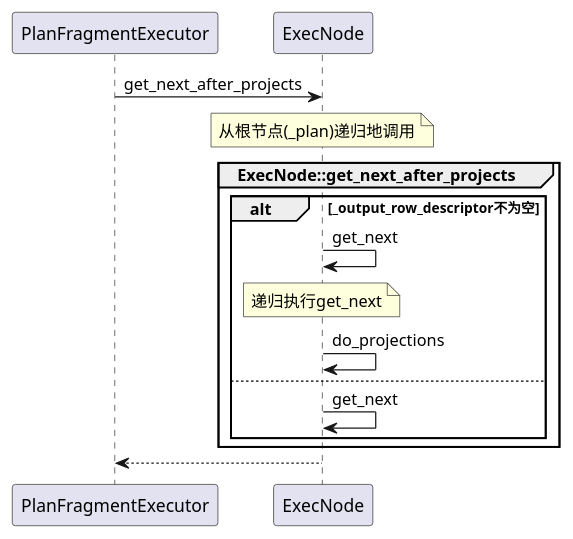
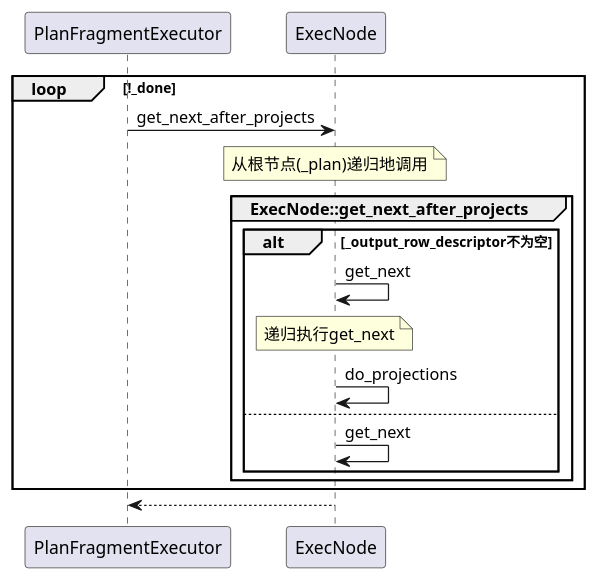
Before and after one commit to DepInjoy/geektime: the fifth of 6 diagrams in doc/DB/Doris/SourceRead/12_01_Exec_Volcano.md, drawn with PlantUML. The commit also changed 3 other files, not shown here.

````diff
--- a/doc/DB/Doris/SourceRead/12_01_Exec_Volcano.md
+++ b/doc/DB/Doris/SourceRead/12_01_Exec_Volcano.md
@@ -136,17 +136,19 @@
 ```plantuml
 @startuml
+loop !_done
 PlanFragmentExecutor -> ExecNode:get_next_after_projects
 note over of ExecNode : 从根节点(_plan)递归地调用
 group ExecNode::get_next_after_projects
 alt _output_row_descriptor不为空
     ExecNode -> ExecNode:get_next
     note over of ExecNode : 递归执行get_next
 
     ExecNode -> ExecNode:do_projections
 else
     ExecNode -> ExecNode:get_next
 end
 end group
+end
 ExecNode --> PlanFragmentExecutor
 @enduml
 ```
````
